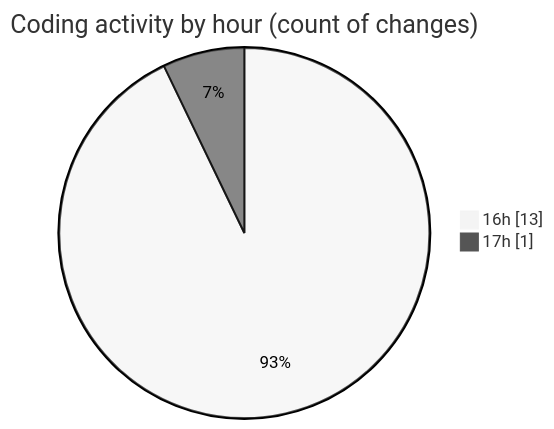
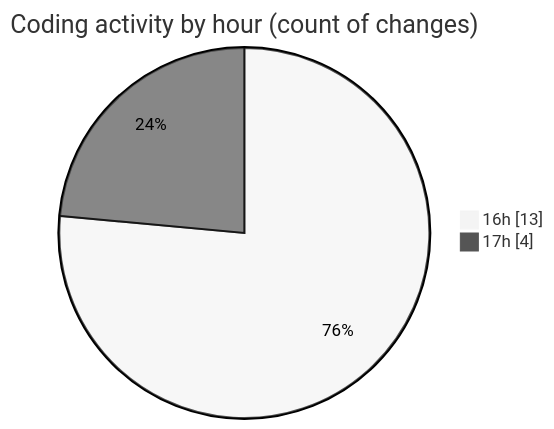
Before and after one commit to debugP/code-tracking: the second of 2 diagrams in 2026-01-13/plugins__workspace_/README.md, drawn with Mermaid (neutral theme). The commit also changed other lines of this file and 1 other file, not shown here.

````diff
--- a/2026-01-13/plugins__workspace_/README.md
+++ b/2026-01-13/plugins__workspace_/README.md
@@ -28,6 +28,6 @@
 ```mermaid
 pie showData
 title Coding activity by hour (count of changes)
 "16h" : 13
-"17h" : 1
+"17h" : 4
 ```
````
